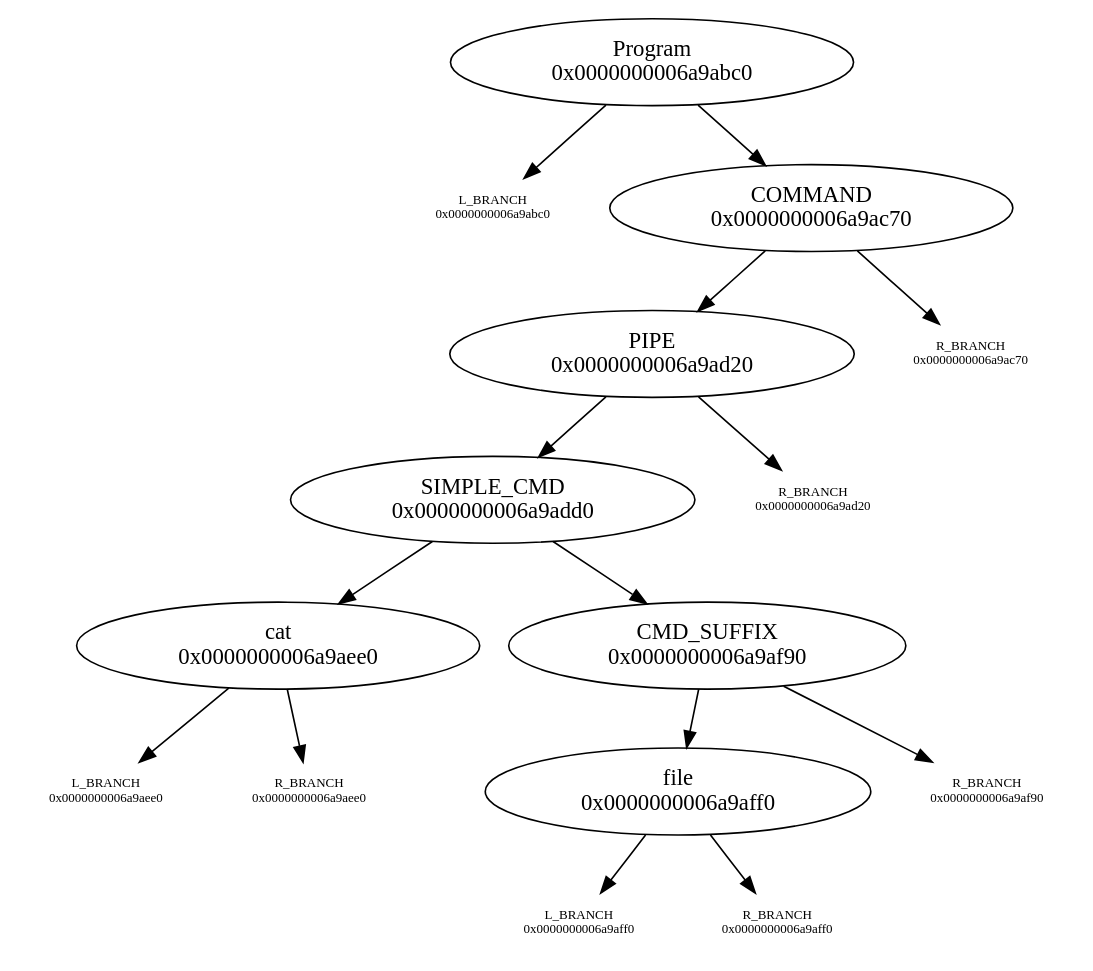
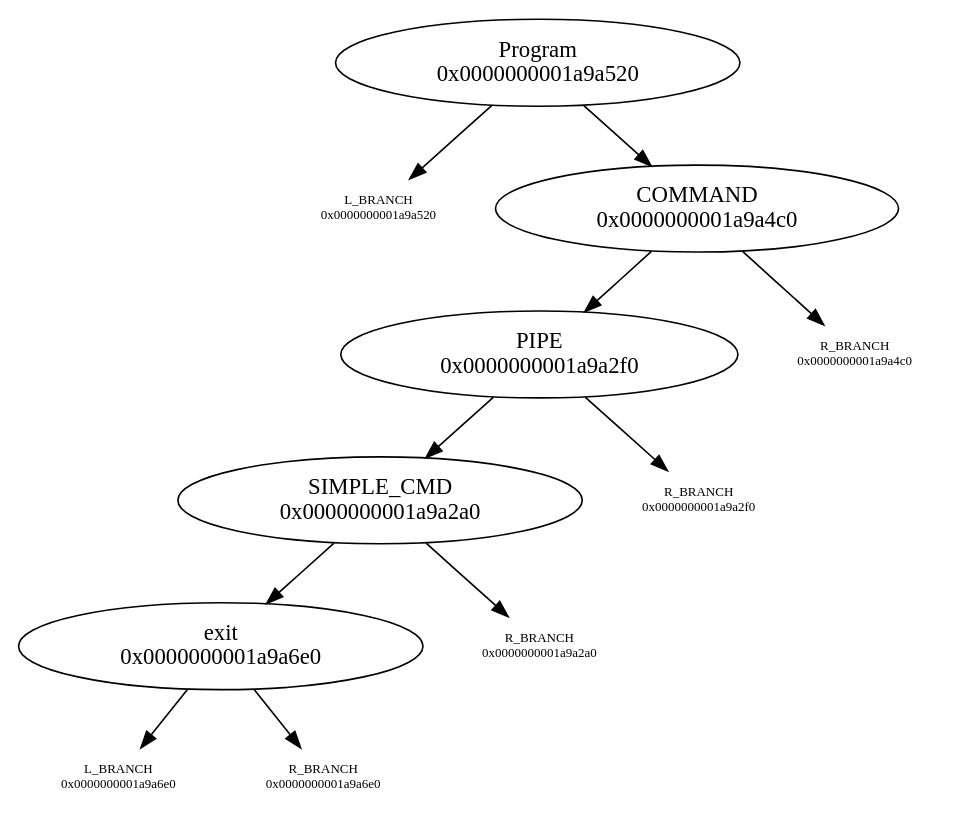
Before and after one commit to N-4-Nina/Minishell: the diagram in graph.dot, drawn with Graphviz. The commit also changed 49 other files, not shown here.

```diff
--- a/graph.dot
+++ b/graph.dot
@@ -1,25 +1,19 @@
 digraph graphname {
-"Program\n0x0000000006a9abc0" -> "L_BRANCH\n0x0000000006a9abc0";
-"L_BRANCH\n0x0000000006a9abc0" [shape=none fontsize=8]
-"Program\n0x0000000006a9abc0" -> "COMMAND\n0x0000000006a9ac70";
-"COMMAND\n0x0000000006a9ac70" -> "PIPE\n0x0000000006a9ad20";
-"COMMAND\n0x0000000006a9ac70" -> "R_BRANCH\n0x0000000006a9ac70";
-"R_BRANCH\n0x0000000006a9ac70" [shape=none fontsize=8]
-"PIPE\n0x0000000006a9ad20" -> "SIMPLE_CMD\n0x0000000006a9add0";
-"PIPE\n0x0000000006a9ad20" -> "R_BRANCH\n0x0000000006a9ad20";
-"R_BRANCH\n0x0000000006a9ad20" [shape=none fontsize=8]
-"SIMPLE_CMD\n0x0000000006a9add0" -> "cat\n0x0000000006a9aee0";
-"SIMPLE_CMD\n0x0000000006a9add0" -> "CMD_SUFFIX\n0x0000000006a9af90";
-"cat\n0x0000000006a9aee0" -> "L_BRANCH\n0x0000000006a9aee0";
-"L_BRANCH\n0x0000000006a9aee0" [shape=none fontsize=8]
-"cat\n0x0000000006a9aee0" -> "R_BRANCH\n0x0000000006a9aee0";
-"R_BRANCH\n0x0000000006a9aee0" [shape=none fontsize=8]
-"CMD_SUFFIX\n0x0000000006a9af90" -> "file\n0x0000000006a9aff0";
-"CMD_SUFFIX\n0x0000000006a9af90" -> "R_BRANCH\n0x0000000006a9af90";
-"R_BRANCH\n0x0000000006a9af90" [shape=none fontsize=8]
-"file\n0x0000000006a9aff0" -> "L_BRANCH\n0x0000000006a9aff0";
-"L_BRANCH\n0x0000000006a9aff0" [shape=none fontsize=8]
-"file\n0x0000000006a9aff0" -> "R_BRANCH\n0x0000000006a9aff0";
-"R_BRANCH\n0x0000000006a9aff0" [shape=none fontsize=8]
+"Program\n0x0000000001a9a520" -> "L_BRANCH\n0x0000000001a9a520";
+"L_BRANCH\n0x0000000001a9a520" [shape=none fontsize=8]
+"Program\n0x0000000001a9a520" -> "COMMAND\n0x0000000001a9a4c0";
+"COMMAND\n0x0000000001a9a4c0" -> "PIPE\n0x0000000001a9a2f0";
+"COMMAND\n0x0000000001a9a4c0" -> "R_BRANCH\n0x0000000001a9a4c0";
+"R_BRANCH\n0x0000000001a9a4c0" [shape=none fontsize=8]
+"PIPE\n0x0000000001a9a2f0" -> "SIMPLE_CMD\n0x0000000001a9a2a0";
+"PIPE\n0x0000000001a9a2f0" -> "R_BRANCH\n0x0000000001a9a2f0";
+"R_BRANCH\n0x0000000001a9a2f0" [shape=none fontsize=8]
+"SIMPLE_CMD\n0x0000000001a9a2a0" -> "exit\n0x0000000001a9a6e0";
+"SIMPLE_CMD\n0x0000000001a9a2a0" -> "R_BRANCH\n0x0000000001a9a2a0";
+"R_BRANCH\n0x0000000001a9a2a0" [shape=none fontsize=8]
+"exit\n0x0000000001a9a6e0" -> "L_BRANCH\n0x0000000001a9a6e0";
+"L_BRANCH\n0x0000000001a9a6e0" [shape=none fontsize=8]
+"exit\n0x0000000001a9a6e0" -> "R_BRANCH\n0x0000000001a9a6e0";
+"R_BRANCH\n0x0000000001a9a6e0" [shape=none fontsize=8]
 
 }
```
